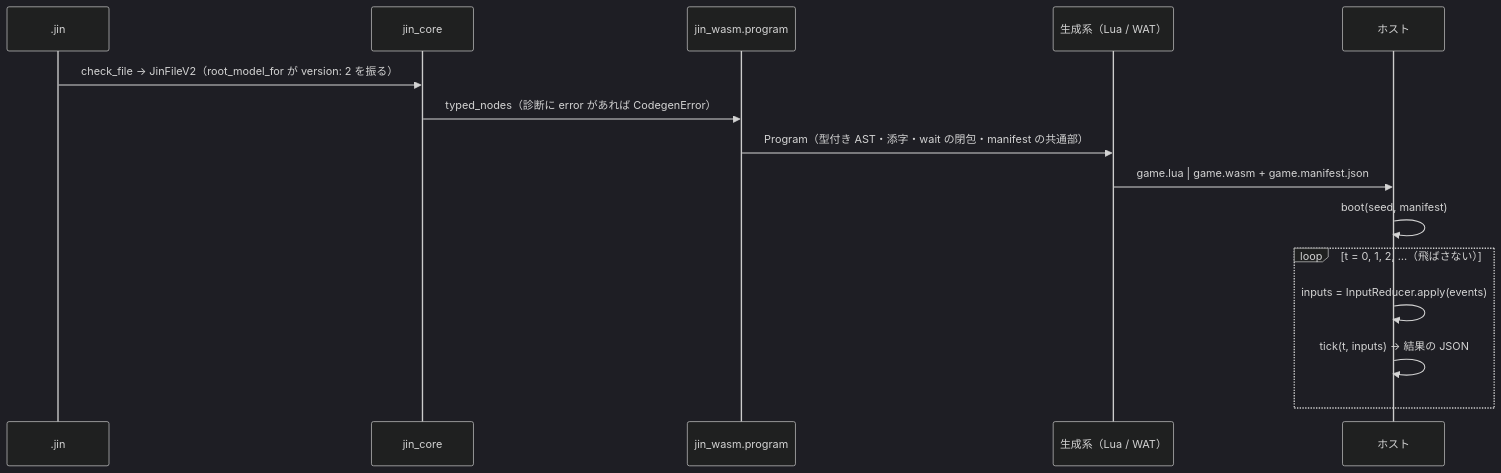
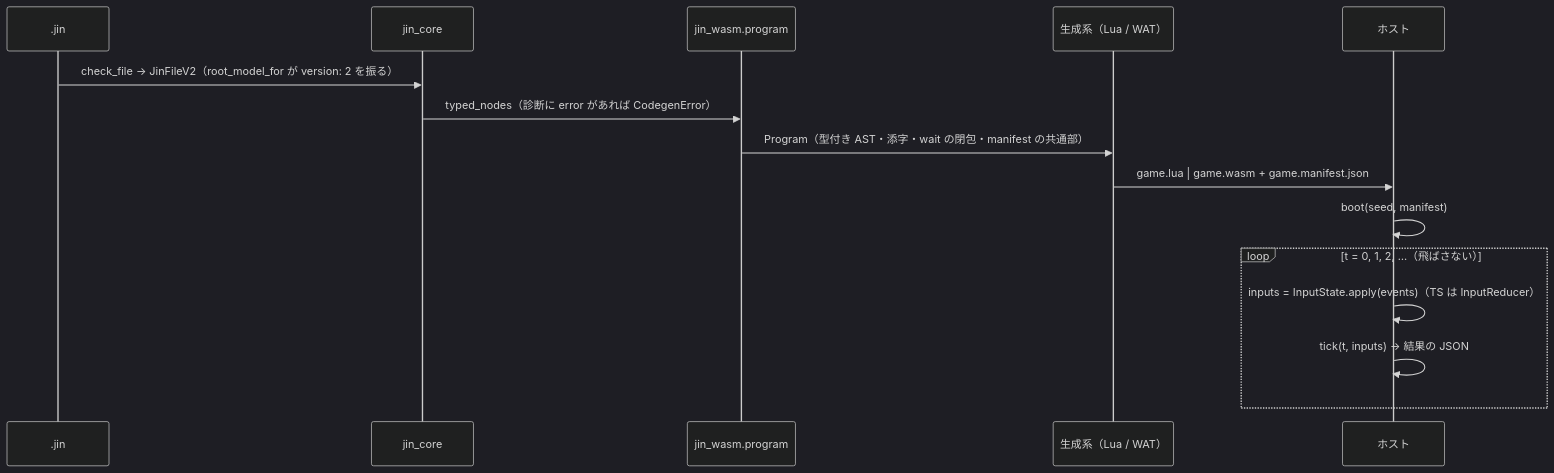
Before and after one commit to rswisteria/jin-lang: the second of 2 diagrams in docs/execution-engine.md, drawn with Mermaid (dark theme). The commit also changed other lines of this file, not shown here.

Commit message:
docs: 実行エンジンの wait の制約を固定するテストを名指しする・入力の reducer の名前を両ホストで併記

````diff
--- a/docs/execution-engine.md
+++ b/docs/execution-engine.md
@@ -91,17 +91,17 @@
 ```mermaid
 sequenceDiagram
   participant F as .jin
   participant C as jin_core
   participant A as jin_wasm.program
   participant G as 生成系（Lua / WAT）
   participant H as ホスト
   F->>C: check_file → JinFileV2（root_model_for が version: 2 を振る）
   C->>A: typed_nodes（診断に error があれば CodegenError）
   A->>G: Program（型付き AST・添字・wait の閉包・manifest の共通部）
   G->>H: game.lua | game.wasm + game.manifest.json
   H->>H: boot(seed, manifest)
   loop t = 0, 1, 2, …（飛ばさない）
-    H->>H: inputs = InputReducer.apply(events)
+    H->>H: inputs = InputState.apply(events)（TS は InputReducer）
     H->>H: tick(t, inputs) → 結果の JSON
   end
 ```
````
